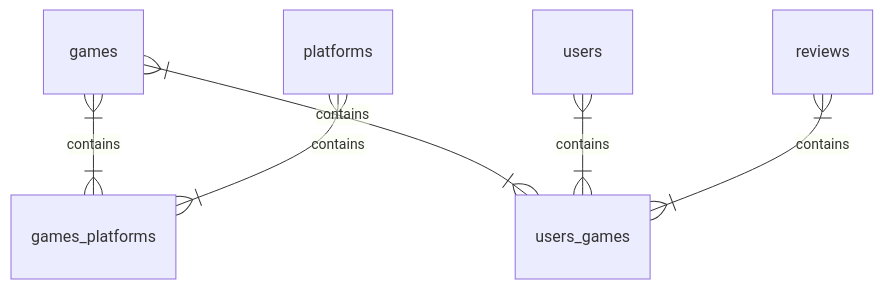
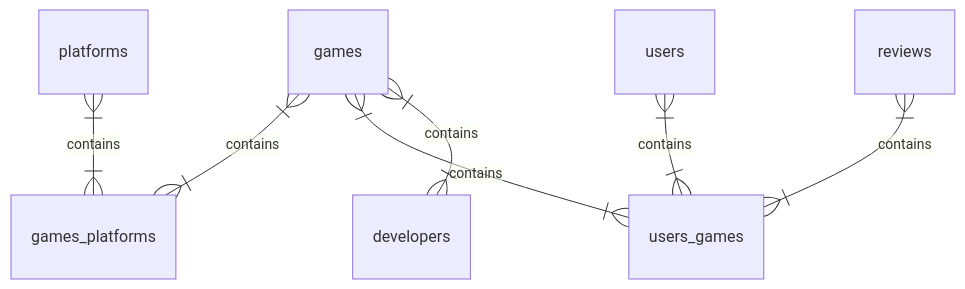
One commit to Haikira/VGLogger changed the first of 2 diagrams in README.md. Above: the diagram before and after it, drawn with Mermaid.

````diff
--- a/README.md
+++ b/README.md
@@ -28,9 +28,10 @@
 ``` mermaid
 erDiagram
 
         games }|--|{ games_platforms : "contains"
         platforms }|--|{ games_platforms : "contains"
         games }|--|{ users_games : "contains"
         users}|--|{ users_games : "contains"
         reviews }|--|{ users_games : "contains"
+        games }|--|{ developers : "contains"
 ```
````
